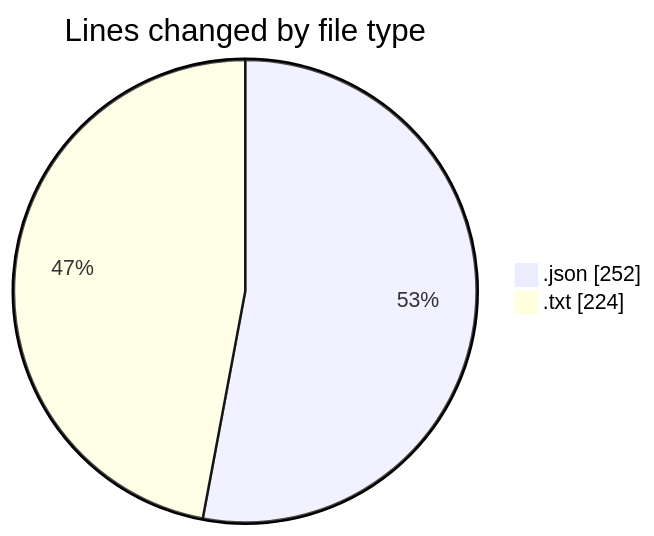
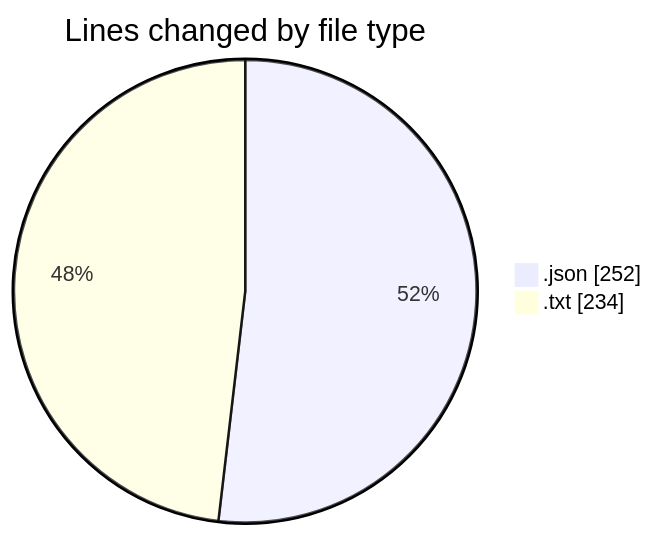
One commit to Netris89/code-tracking changed the first of 2 diagrams in 2025-03-25/audioplugin/README.md. Above: the diagram before and after it, drawn with Mermaid. The commit also changed other lines of this file and 1 other file, not shown here.

````diff
--- a/2025-03-25/audioplugin/README.md
+++ b/2025-03-25/audioplugin/README.md
@@ -22,6 +22,6 @@
 ```mermaid
 pie showData
 title Lines changed by file type
 ".json" : 252
-".txt" : 224
+".txt" : 234
 ```
````
